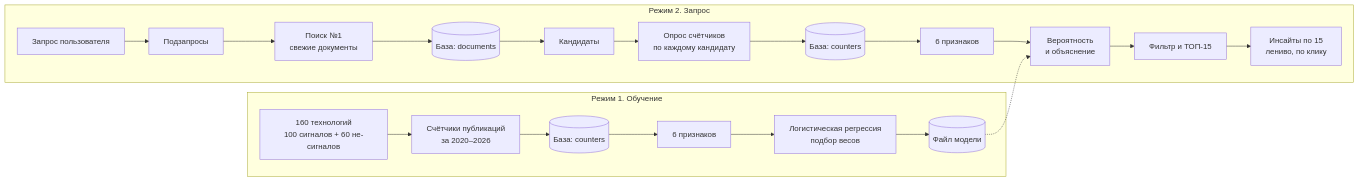
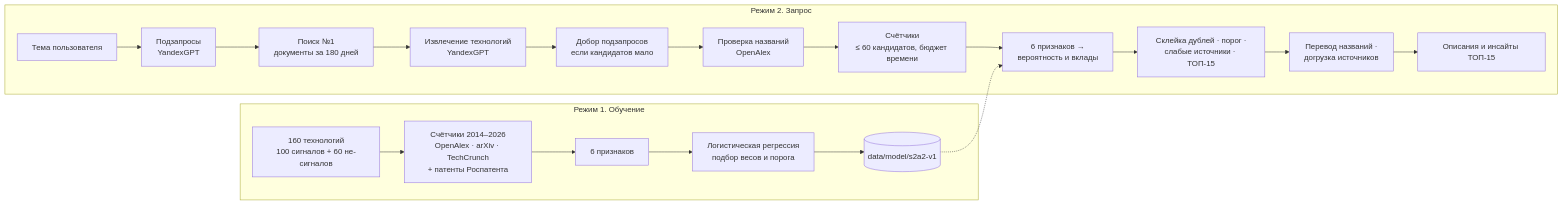
Before and after one commit to LapshinYaroslav/Hackaton-2026-trend-radar: the diagram in docs/pipeline.md, drawn with Mermaid. The commit also changed other lines of this file and 13 other files, not shown here.

````diff
--- a/docs/pipeline.md
+++ b/docs/pipeline.md
@@ -18,23 +22,22 @@
 ```mermaid
 flowchart LR
     subgraph T["Режим 1. Обучение"]
-        T1["160 технологий<br/>100 сигналов + 60 не-сигналов"] --> T2["Счётчики публикаций<br/>за 2020–2026"]
-        T2 --> TDB[("База: counters")]
-        TDB --> T3["6 признаков"]
-        T3 --> T4["Логистическая регрессия<br/>подбор весов"]
-        T4 --> T5[("Файл модели")]
+        T1["160 технологий<br/>100 сигналов + 60 не-сигналов"] --> T2["Счётчики 2014–2026<br/>OpenAlex · arXiv · TechCrunch<br/>+ патенты Роспатента"]
+        T2 --> T3["6 признаков"]
+        T3 --> T4["Логистическая регрессия<br/>подбор весов и порога"]
+        T4 --> T5[("data/model/s2a2-v1")]
     end
     subgraph Q["Режим 2. Запрос"]
-        Q1["Запрос пользователя"] --> Q2["Подзапросы"]
-        Q2 --> Q3["Поиск №1<br/>свежие документы"]
-        Q3 --> QDB[("База: documents")]
-        QDB --> Q4["Кандидаты"]
-        Q4 --> Q5["Опрос счётчиков<br/>по каждому кандидату"]
-        Q5 --> QDB2[("База: counters")]
-        QDB2 --> Q6["6 признаков"]
-        Q6 --> Q7["Вероятность<br/>и объяснение"]
-        Q7 --> Q8["Фильтр и ТОП-15"]
-        Q8 --> Q9["Инсайты по 15<br/>лениво, по клику"]
+        Q1["Тема пользователя"] --> Q2["Подзапросы<br/>YandexGPT"]
+        Q2 --> Q3["Поиск №1<br/>документы за 180 дней"]
+        Q3 --> Q4["Извлечение технологий<br/>YandexGPT"]
+        Q4 --> Q4a["Добор подзапросов<br/>если кандидатов мало"]
+        Q4a --> Q5["Проверка названий<br/>OpenAlex"]
+        Q5 --> Q6["Счётчики<br/>≤ 60 кандидатов, бюджет времени"]
+        Q6 --> Q7["6 признаков →<br/>вероятность и вклады"]
+        Q7 --> Q8["Склейка дублей · порог ·<br/>слабые источники · ТОП-15"]
+        Q8 --> Q9["Перевод названий ·<br/>догрузка источников"]
+        Q9 --> Q10["Описания и инсайты ТОП-15"]
     end
     T5 -.-> Q7
 ```
````
